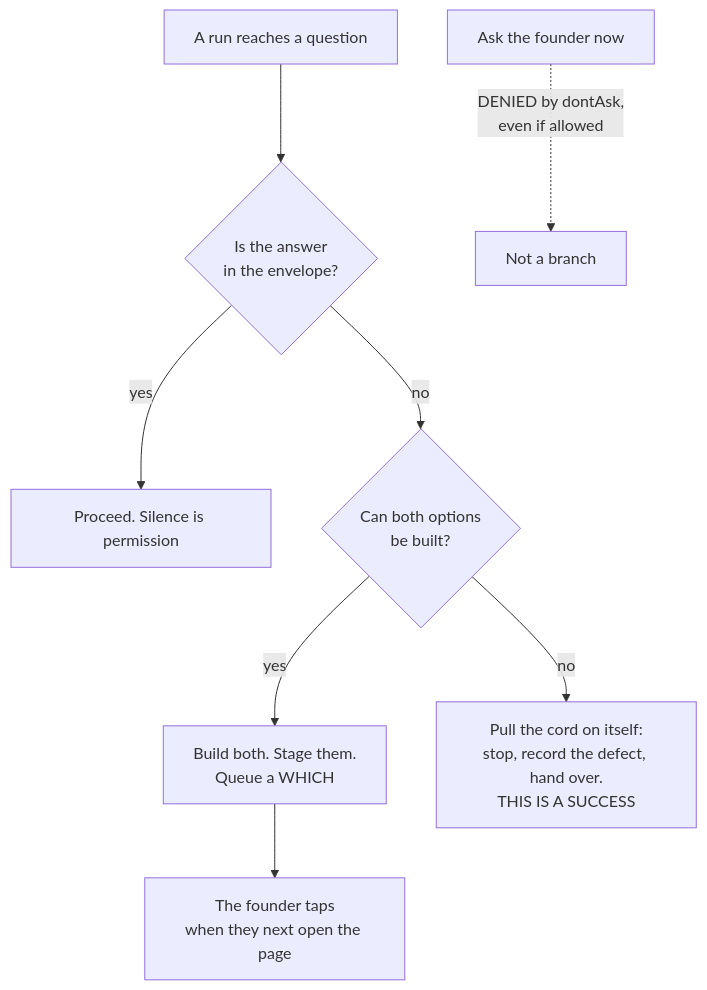
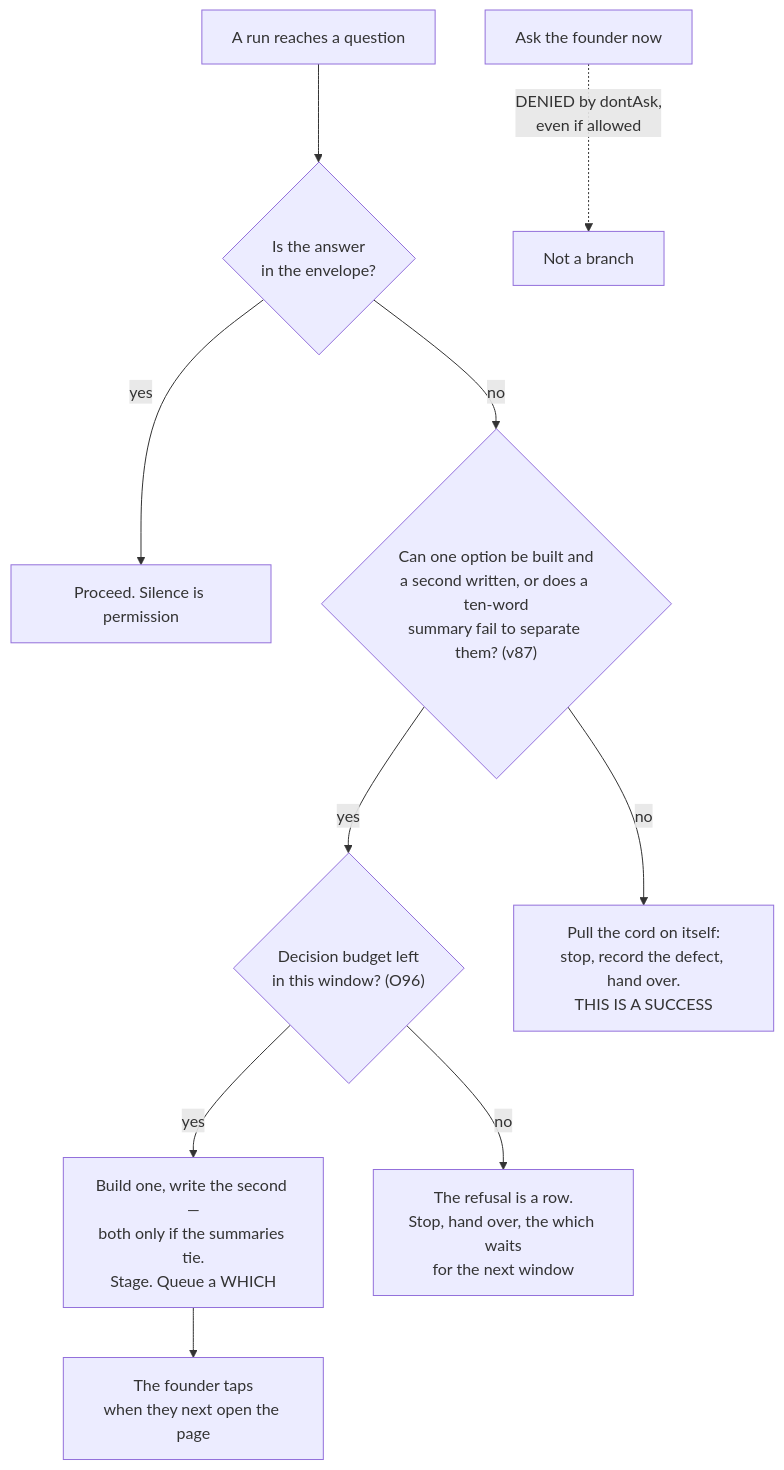
The first of 2 diagrams in docs/03-system-design/final-v2/parts/03-operator.md (Adam077K/agentvibe), drawn with Mermaid before and after one commit. The commit also changed other lines of this file and 4 other files, not shown here.

First line of the commit message:
docs(final-v2): fixer round applied to §0–§4 — 106 rows with class tags, kernel test and data-first in §0.3, outcome and founder_hours on the charter, N Operators, night_capable, which budget, away narrows

````diff
--- a/docs/03-system-design/final-v2/parts/03-operator.md
+++ b/docs/03-system-design/final-v2/parts/03-operator.md
@@ -176,10 +206,12 @@
 ```mermaid
 flowchart TD
     Q["A run reaches a question"] --> M{"Is the answer<br/>in the envelope?"}
     M -->|"yes"| GO["Proceed. Silence is permission"]
-    M -->|"no"| C{"Can both options<br/>be built?"}
-    C -->|"yes"| BUILD["Build both. Stage them.<br/>Queue a WHICH"]
+    M -->|"no"| C{"Can one option be built and<br/>a second written, or does a ten-word<br/>summary fail to separate them? (v87)"}
+    C -->|"yes"| BUD{"Decision budget left<br/>in this window? (O96)"}
+    BUD -->|"yes"| BUILD["Build one, write the second —<br/>both only if the summaries tie.<br/>Stage. Queue a WHICH"]
+    BUD -->|"no"| REFUSE["The refusal is a row.<br/>Stop, hand over, the which waits<br/>for the next window"]
     C -->|"no"| CORD["Pull the cord on itself:<br/>stop, record the defect, hand over.<br/>THIS IS A SUCCESS"]
     BUILD --> WAIT["The founder taps<br/>when they next open the page"]
     ASK["Ask the founder now"] -.->|"DENIED by dontAsk,<br/>even if allowed"| X["Not a branch"]
 ```
````
